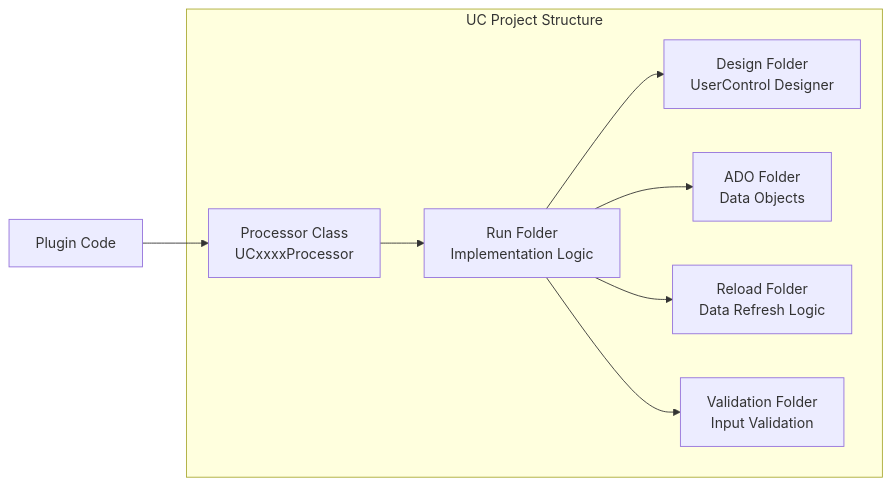
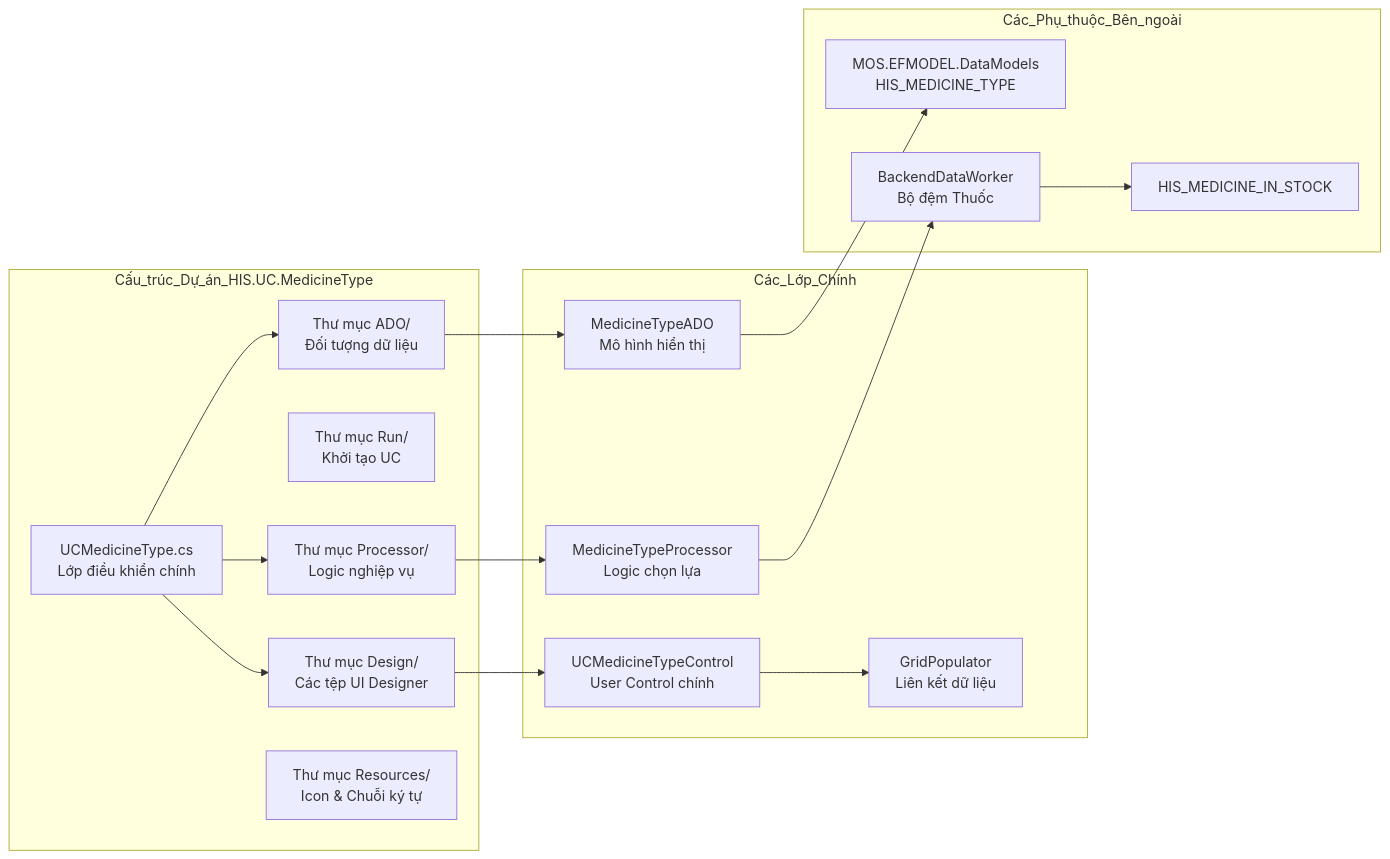
Diagram 13 of 20 in docs/his-ba-documentation/02-modules/uc-controls/form-type-controls.md (thangpnb/HIS), drawn with Mermaid before and after one commit. The commit also changed other lines of this file and 30 other files, not shown here.

Commit message:
Refactor architecture docs and update translations

````diff
--- a/docs/his-ba-documentation/02-modules/uc-controls/form-type-controls.md
+++ b/docs/his-ba-documentation/02-modules/uc-controls/form-type-controls.md
@@ -917,18 +1616,36 @@
 ```mermaid
 graph LR
-    subgraph "UC Project Structure"
-        Processor["Processor Class<br/>UCxxxxProcessor"]
-        Run["Run Folder<br/>Implementation Logic"]
-        Design["Design Folder<br/>UserControl Designer"]
-        ADO["ADO Folder<br/>Data Objects"]
-        Reload["Reload Folder<br/>Data Refresh Logic"]
-        Validation["Validation Folder<br/>Input Validation"]
+    subgraph "Cấu_trúc_Dự_án_HIS.UC.MedicineType"
+        UCMedicine["UCMedicineType.cs<br/>Lớp điều khiển chính"]
+        Processor["Thư mục Processor/<br/>Logic nghiệp vụ"]
+        Run["Thư mục Run/<br/>Khởi tạo UC"]
+        ADO["Thư mục ADO/<br/>Đối tượng dữ liệu"]
+        Design["Thư mục Design/<br/>Các tệp UI Designer"]
+        Resources["Thư mục Resources/<br/>Icon & Chuỗi ký tự"]
     end
     
-    Plugin["Plugin Code"] --> Processor
-    Processor --> Run
-    Run --> Design
-    Run --> ADO
-    Run --> Reload
-    Run --> Validation
+    subgraph "Các_Lớp_Chính"
+        UCMedicineControl["UCMedicineTypeControl<br/>User Control chính"]
+        MedicineTypeADO["MedicineTypeADO<br/>Mô hình hiển thị"]
+        MedicineProcessor["MedicineTypeProcessor<br/>Logic chọn lựa"]
+        GridPopulator["GridPopulator<br/>Liên kết dữ liệu"]
+    end
+    
+    subgraph "Các_Phụ_thuộc_Bên_ngoài"
+        HisMedicineType["MOS.EFMODEL.DataModels<br/>HIS_MEDICINE_TYPE"]
+        MedicineInStock["HIS_MEDICINE_IN_STOCK"]
+        BackendMedicine["BackendDataWorker<br/>Bộ đệm Thuốc"]
+    end
+    
+    UCMedicine --> Processor
+    UCMedicine --> ADO
+    UCMedicine --> Design
+    Processor --> MedicineProcessor
+    ADO --> MedicineTypeADO
+    Design --> UCMedicineControl
+    
+    UCMedicineControl --> GridPopulator
+    MedicineTypeADO --> HisMedicineType
+    MedicineProcessor --> BackendMedicine
+    BackendMedicine --> MedicineInStock
 ```
````
